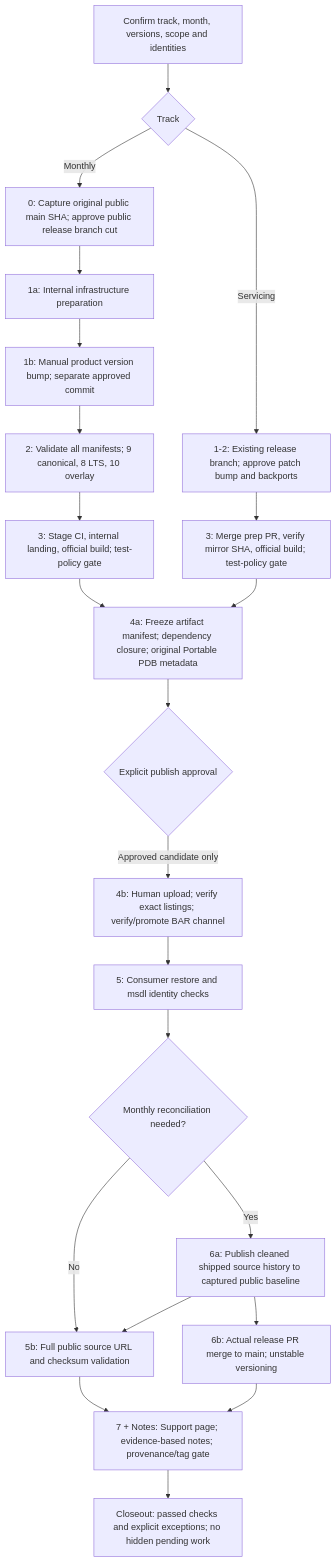
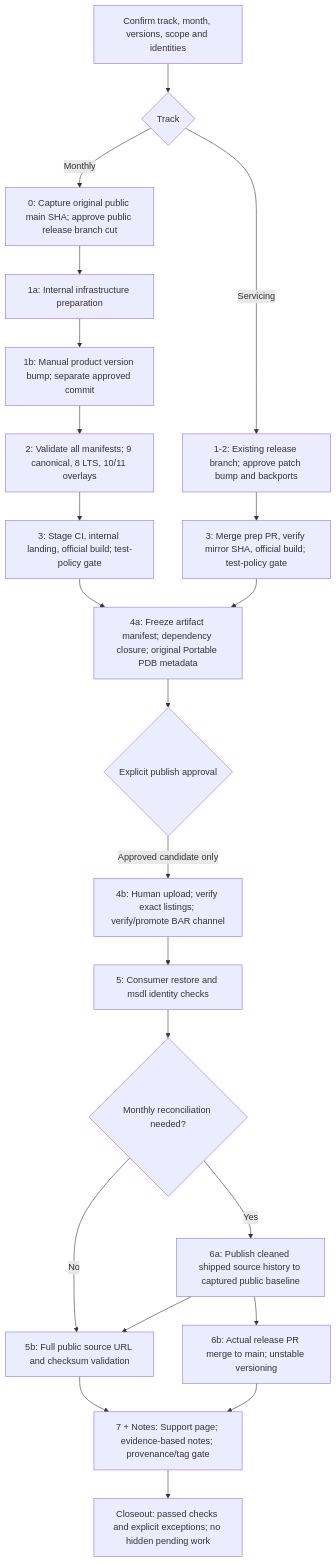
One commit to aspnet/Common changed the diagram in .github/agents/release-manager/references/workflow.md. Above: the diagram before and after it, drawn with Mermaid. The commit also changed 82 other files, not shown here.

````diff
--- a/.github/agents/release-manager/references/workflow.md
+++ b/.github/agents/release-manager/references/workflow.md
@@ -5,24 +5,24 @@
 ```mermaid
 flowchart TD
     Start["Confirm track, month, versions, scope and identities"] --> Track{Track}
     Track -->|Monthly| M0["0: Capture original public main SHA; approve public release branch cut"]
     M0 --> M1["1a: Internal infrastructure preparation"]
     M1 --> MV["1b: Manual product version bump; separate approved commit"]
-    MV --> M2["2: Validate all manifests; 9 canonical, 8 LTS, 10 overlay"]
+    MV --> M2["2: Validate all manifests; 9 canonical, 8 LTS, 10/11 overlays"]
     M2 --> M3["3: Stage CI, internal landing, official build; test-policy gate"]
     Track -->|Servicing| S1["1-2: Existing release branch; approve patch bump and backports"]
     S1 --> S3["3: Merge prep PR, verify mirror SHA, official build; test-policy gate"]
     M3 --> Pre["4a: Freeze artifact manifest; dependency closure; original Portable PDB metadata"]
     S3 --> Pre
     Pre --> Gate{Explicit publish approval}
     Gate -->|Approved candidate only| Pub["4b: Human upload; verify exact listings; verify/promote BAR channel"]
     Pub --> Verify["5: Consumer restore and msdl identity checks"]
     Verify --> Reconcile{Monthly reconciliation needed?}
     Reconcile -->|Yes| R6["6a: Publish cleaned shipped source history to captured public baseline"]
     Reconcile -->|No| URLs["5b: Full public source URL and checksum validation"]
     R6 --> URLs
     R6 --> Main["6b: Actual release PR merge to main; unstable versioning"]
     URLs --> Close["7 + Notes: Support page; evidence-based notes; provenance/tag gate"]
     Main --> Close
     Close --> Done["Closeout: passed checks and explicit exceptions; no hidden pending work"]
 ```
````
